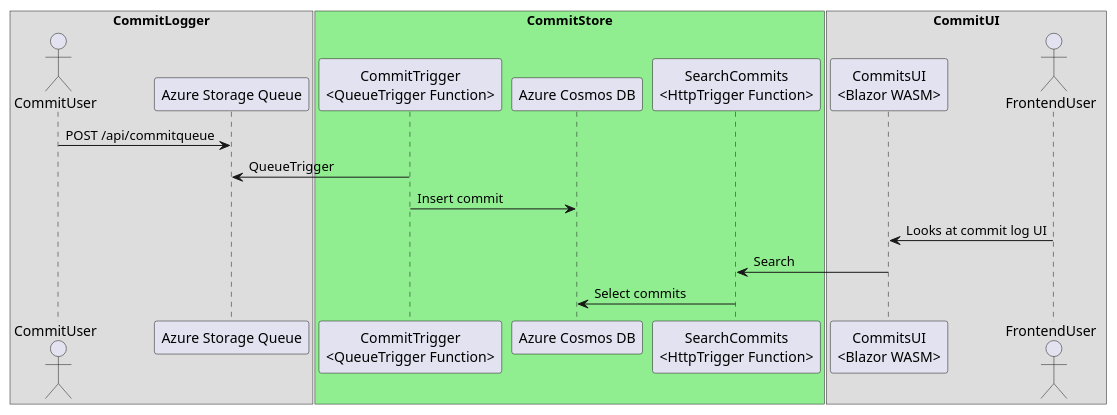
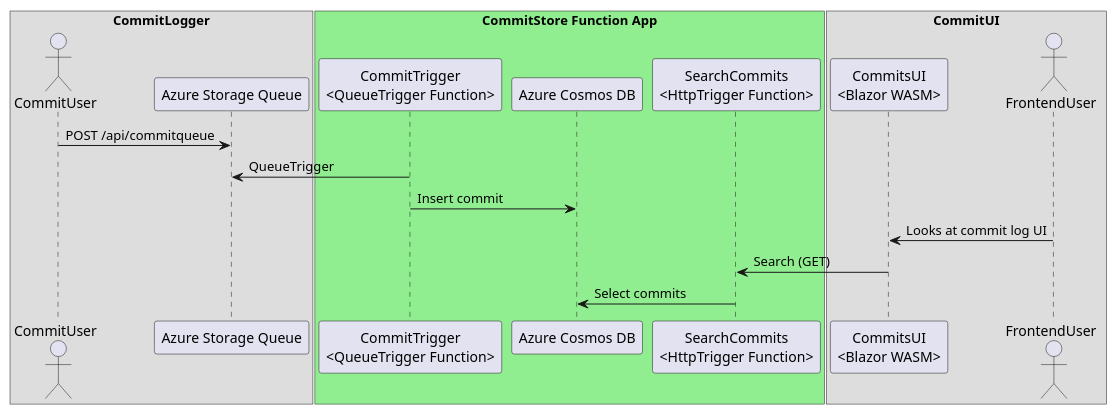
The diagram in docs/big_picture_diagram.puml (dalager/gitcommitstore), drawn with PlantUML before and after one commit. The commit also changed 2 other files, not shown here.

Commit message:
Updating diagram (#11)
* Updating diagram

* Render PlantUML diagrams

* use PAT for plantuml render

* diagram update

* Render PlantUML diagrams

---------

```diff
--- a/docs/big_picture_diagram.puml
+++ b/docs/big_picture_diagram.puml
@@ -1,25 +1,25 @@
 @startuml big_picture_diagram
 
 box "CommitLogger"
 Actor "CommitUser" as U
 Participant "Azure Storage Queue" as Q
 end box
 
-box "CommitStore" #LightGreen
+box "CommitStore Function App" #LightGreen
 Participant "CommitTrigger\n<QueueTrigger Function>" as commitTrigger
 Participant "Azure Cosmos DB" as Db
 Participant "SearchCommits\n<HttpTrigger Function>" as searchFunc
 end box
 
 box "CommitUI"
 Participant "CommitsUI\n<Blazor WASM>" as W
 Actor "FrontendUser" as FU
 end box
 U -> Q: POST /api/commitqueue
 commitTrigger -> Q: QueueTrigger
 commitTrigger -> Db : Insert commit
 FU -> W: Looks at commit log UI
-W -> searchFunc : Search
+W -> searchFunc : Search (GET)
 searchFunc -> Db : Select commits
 
 @enduml
```
